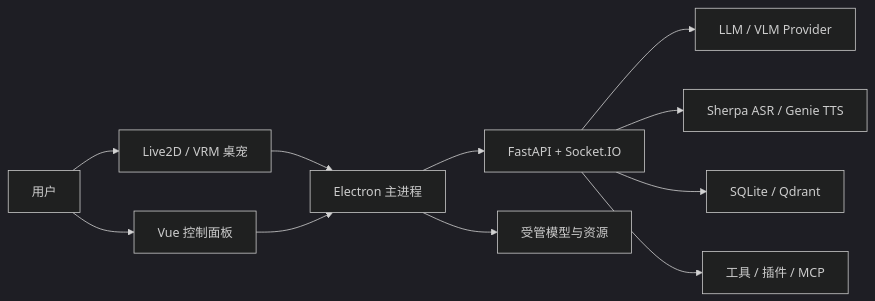
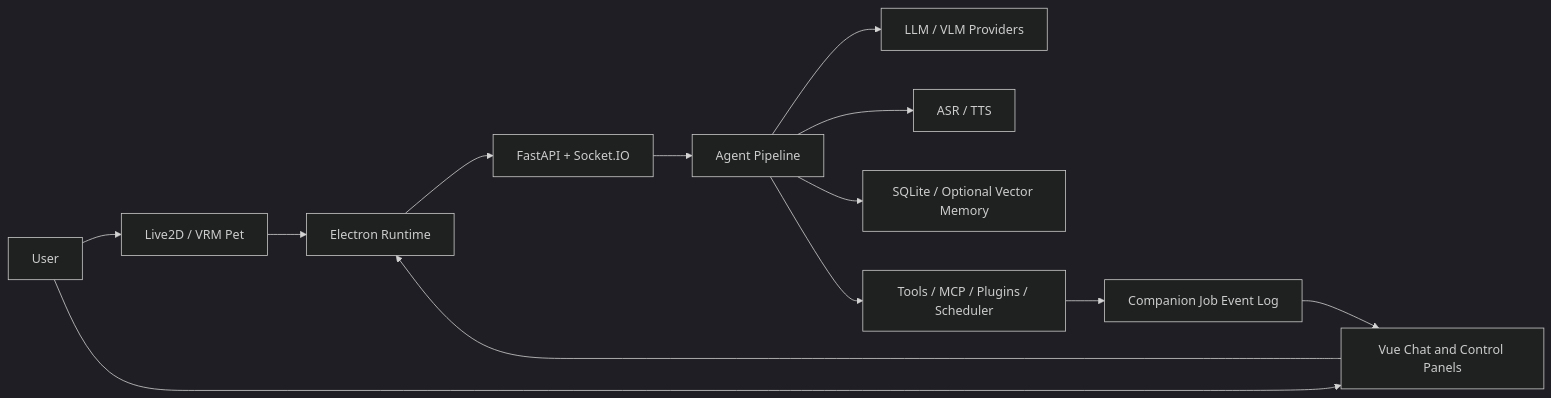
Before and after one commit to Rivulet138/yuizaki: the diagram in README.md, drawn with Mermaid (dark theme). The commit also changed other lines of this file and 110 other files, not shown here.

Commit message:
feat: advance companion runtime and refresh documentation

````diff
--- a/README.md
+++ b/README.md
@@ -36,13 +26,15 @@
 ```mermaid
 flowchart LR
-    USER["用户"] --> PET["Live2D / VRM 桌宠"]
-    USER --> PANEL["Vue 控制面板"]
-    PET --> ELECTRON["Electron 主进程"]
-    PANEL --> ELECTRON
-    ELECTRON --> API["FastAPI + Socket.IO"]
-    API --> LLM["LLM / VLM Provider"]
-    API --> VOICE["Sherpa ASR / Genie TTS"]
-    API --> MEMORY["SQLite / Qdrant"]
-    API --> TOOLS["工具 / 插件 / MCP"]
-    ELECTRON --> RESOURCES["受管模型与资源"]
+  U[User] --> PET[Live2D / VRM Pet]
+  U --> CHAT[Vue Chat and Control Panels]
+  PET --> E[Electron Runtime]
+  CHAT --> E
+  E --> S[FastAPI + Socket.IO]
+  S --> A[Agent Pipeline]
+  A --> L[LLM / VLM Providers]
+  A --> V[ASR / TTS]
+  A --> M[SQLite / Optional Vector Memory]
+  A --> J[Tools / MCP / Plugins / Scheduler]
+  J --> TRACE[Companion Job Event Log]
+  TRACE --> CHAT
 ```
````
